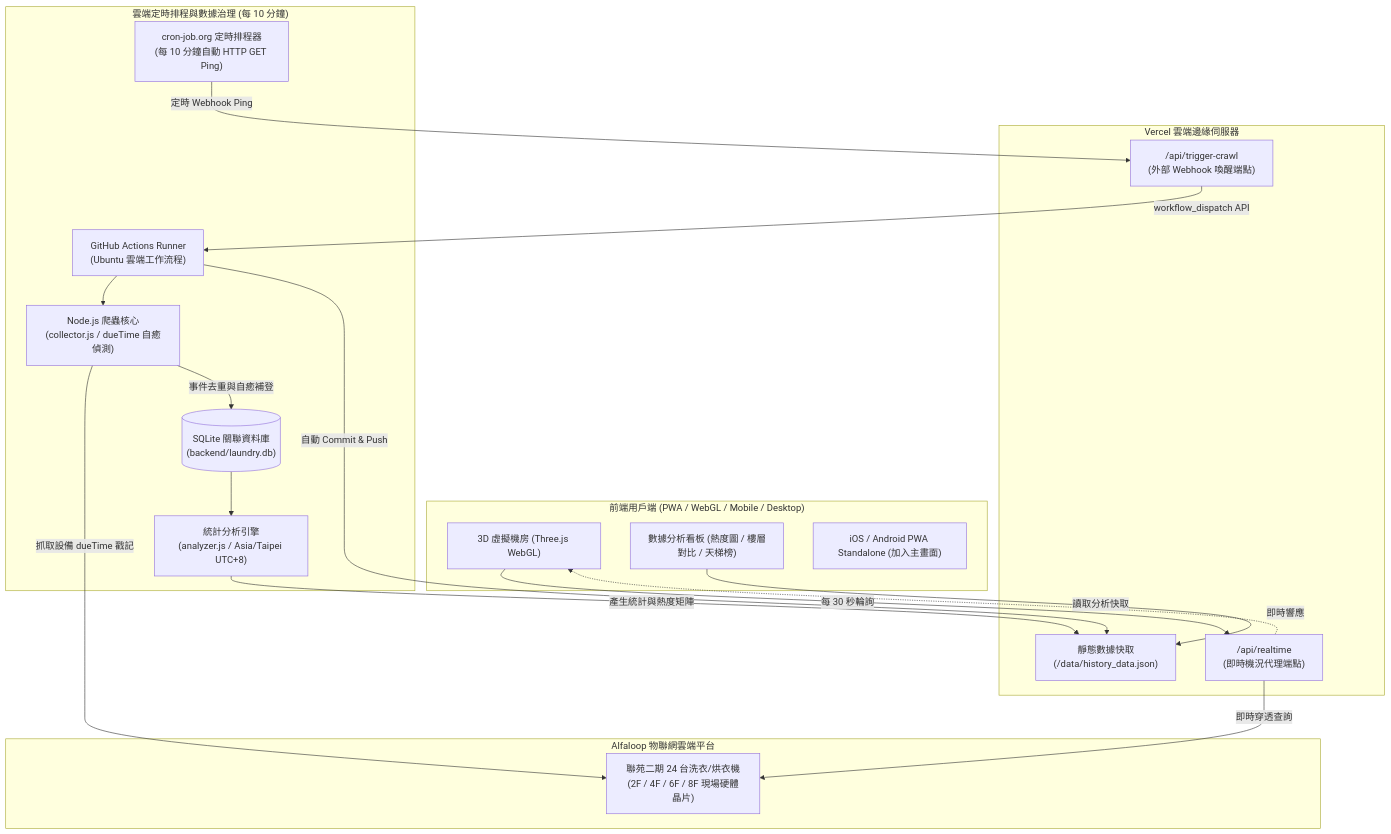
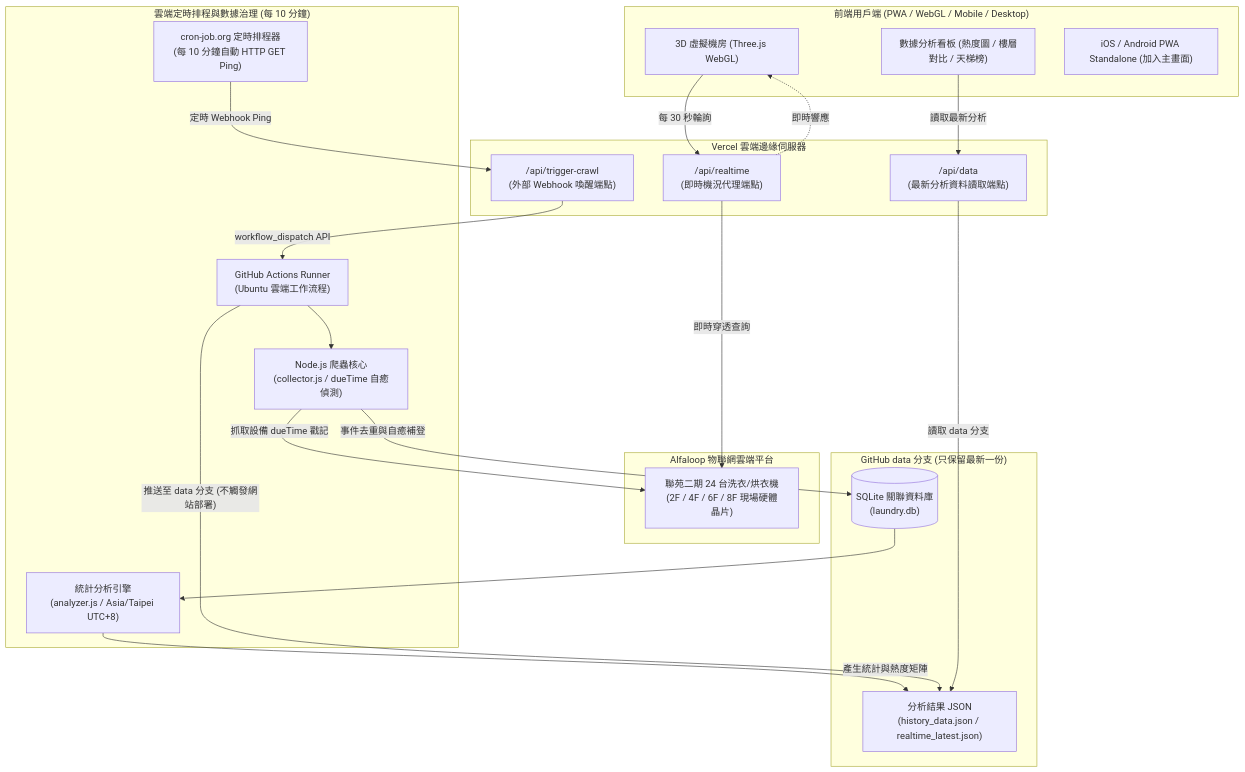
One commit to gigijim/UMC-3D-WasherMonitor changed the diagram in README.md. Above: the diagram before and after it, drawn with Mermaid. The commit also changed other lines of this file and 5 other files, not shown here.

````diff
--- a/README.md
+++ b/README.md
@@ -17,42 +17,47 @@
 ```mermaid
 flowchart TD
     subgraph Client ["前端用戶端 (PWA / WebGL / Mobile / Desktop)"]
         UI["3D 虛擬機房 (Three.js WebGL)"]
         Report["數據分析看板 (熱度圖 / 樓層對比 / 天梯榜)"]
         PWA["iOS / Android PWA Standalone (加入主畫面)"]
     end
 
     subgraph Vercel ["Vercel 雲端邊緣伺服器"]
         RT_API["/api/realtime<br/>(即時機況代理端點)"]
         Trigger_API["/api/trigger-crawl<br/>(外部 Webhook 喚醒端點)"]
-        StaticData["靜態數據快取<br/>(/data/history_data.json)"]
+        DataAPI["/api/data<br/>(最新分析資料讀取端點)"]
     end
 
     subgraph IoT ["Alfaloop 物聯網雲端平台"]
         Hardware["聯苑二期 24 台洗衣/烘衣機<br/>(2F / 4F / 6F / 8F 現場硬體晶片)"]
     end
 
     subgraph Automation ["雲端定時排程與數據治理 (每 10 分鐘)"]
         CronJob["cron-job.org 定時排程器<br/>(每 10 分鐘自動 HTTP GET Ping)"]
         GHA["GitHub Actions Runner<br/>(Ubuntu 雲端工作流程)"]
         Crawler["Node.js 爬蟲核心<br/>(collector.js / dueTime 自癒偵測)"]
         Analyzer["統計分析引擎<br/>(analyzer.js / Asia/Taipei UTC+8)"]
-        DB[("SQLite 關聯資料庫<br/>(backend/laundry.db)")]
+    end
+
+    subgraph DataBranch ["GitHub data 分支 (只保留最新一份)"]
+        DB[("SQLite 關聯資料庫<br/>(laundry.db)")]
+        StaticData["分析結果 JSON<br/>(history_data.json / realtime_latest.json)"]
     end
 
     %% 即時動態流 (軌道一)
     UI -- "每 30 秒輪詢" --> RT_API
     RT_API -- "即時穿透查詢" --> Hardware
     RT_API -. "即時響應" .-> UI
 
     %% 規律分析排程流 (軌道二)
     CronJob -- "定時 Webhook Ping" --> Trigger_API
     Trigger_API -- "workflow_dispatch API" --> GHA
     GHA --> Crawler
     Crawler -- "抓取設備 dueTime 戳記" --> Hardware
     Crawler -- "事件去重與自癒補登" --> DB
     DB --> Analyzer
     Analyzer -- "產生統計與熱度矩陣" --> StaticData
-    GHA -- "自動 Commit & Push" --> StaticData
-    Report -- "讀取分析快取" --> StaticData
+    GHA -- "推送至 data 分支 (不觸發網站部署)" --> StaticData
+    Report -- "讀取最新分析" --> DataAPI
+    DataAPI -- "讀取 data 分支" --> StaticData
 ```
````
